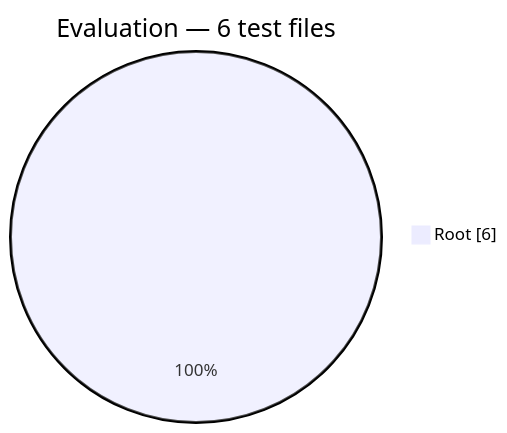
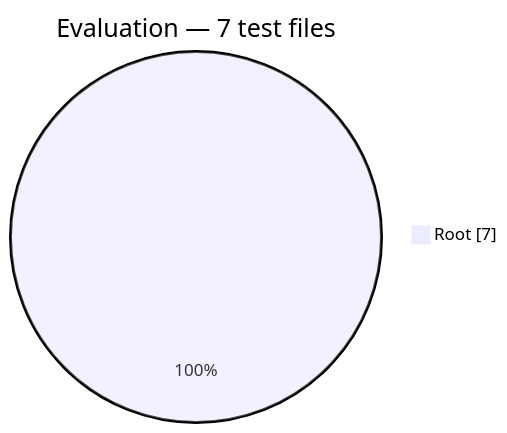
Before and after one commit to Mohammed-Alama/php-arazzo: the third of 8 diagrams in docs/generated/test-composition.md, drawn with Mermaid. The commit also changed other lines of this file and 13 other files, not shown here.

First line of the commit message:
test: update arch tests for expression/evaluation split boundary (C5)

````diff
--- a/docs/generated/test-composition.md
+++ b/docs/generated/test-composition.md
@@ -42,5 +42,5 @@
 ```mermaid
 pie showData
-    title Evaluation — 6 test files
-    "Root": 6
+    title Evaluation — 7 test files
+    "Root": 7
 ```
````
